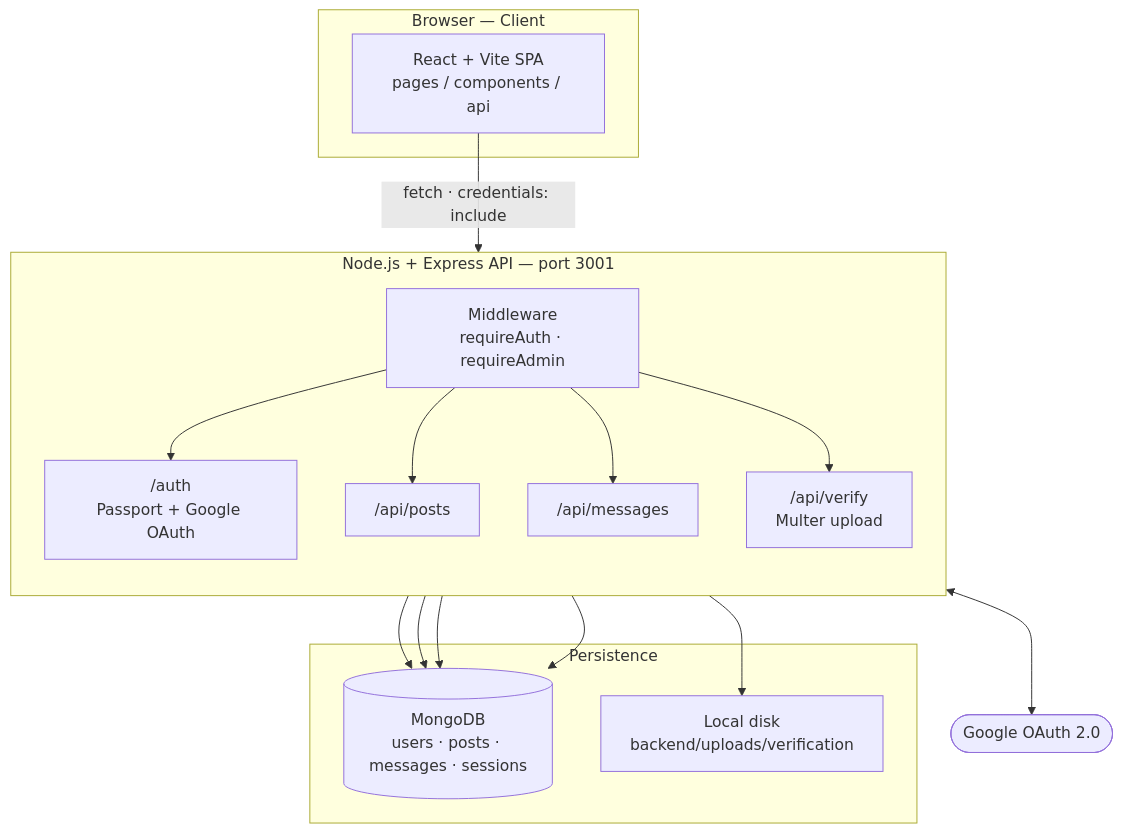
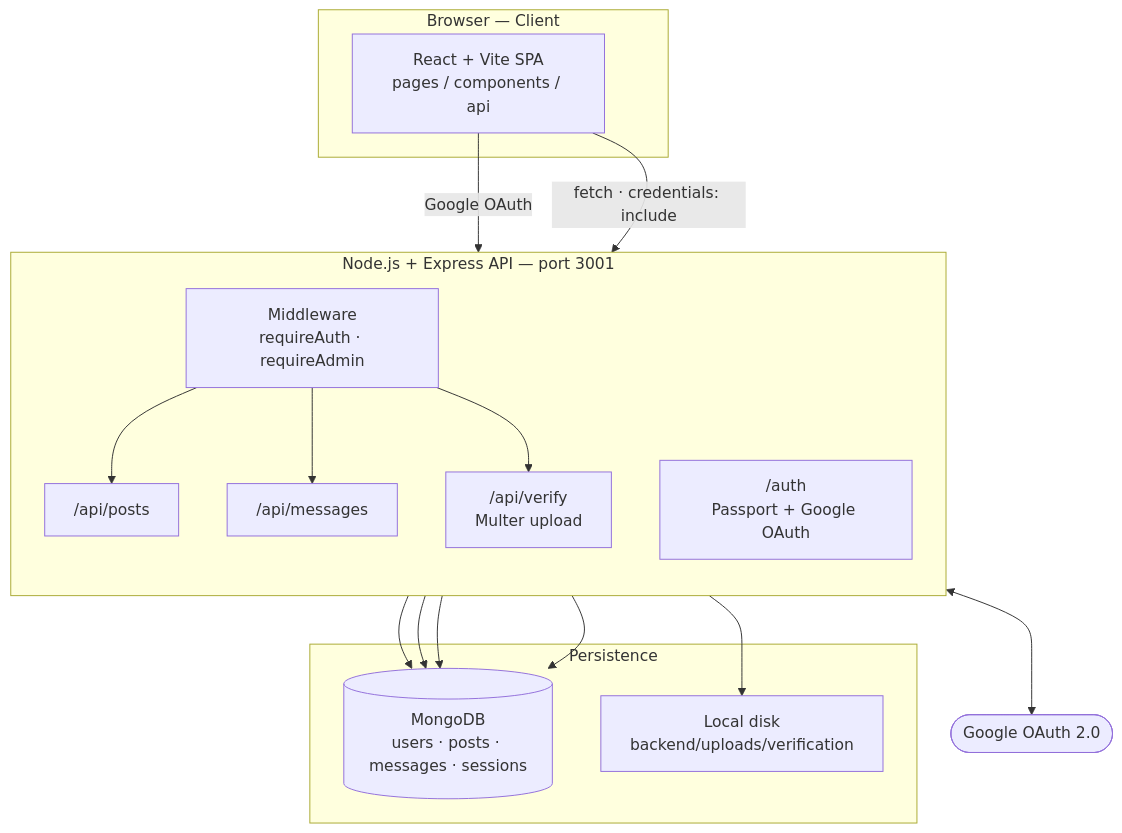
Before and after one commit to shyam7nj/bruinpark: the first of 3 diagrams in README.md, drawn with Mermaid. The commit also changed other lines of this file, not shown here.

````diff
--- a/README.md
+++ b/README.md
@@ -39,34 +39,34 @@
 ```mermaid
 graph TB
   subgraph Client["Browser — Client"]
     UI["React + Vite SPA<br/>pages / components / api"]
   end
 
   subgraph ServerSide["Node.js + Express API — port 3001"]
     direction TB
     MW["Middleware<br/>requireAuth · requireAdmin"]
     AUTH["/auth<br/>Passport + Google OAuth"]
     POSTS["/api/posts"]
     MSG["/api/messages"]
     VERIFY["/api/verify<br/>Multer upload"]
   end
 
   subgraph Data["Persistence"]
     DB[("MongoDB<br/>users · posts · messages · sessions")]
     FS["Local disk<br/>backend/uploads/verification"]
   end
 
   Google(["Google OAuth 2.0"])
 
+  UI -- "Google OAuth" --> AUTH
   UI -- "fetch · credentials: include" --> MW
-  MW --> AUTH
   MW --> POSTS
   MW --> MSG
   MW --> VERIFY
   AUTH <--> Google
   AUTH --> DB
   POSTS --> DB
   MSG --> DB
   VERIFY --> DB
   VERIFY --> FS
 ```
````
